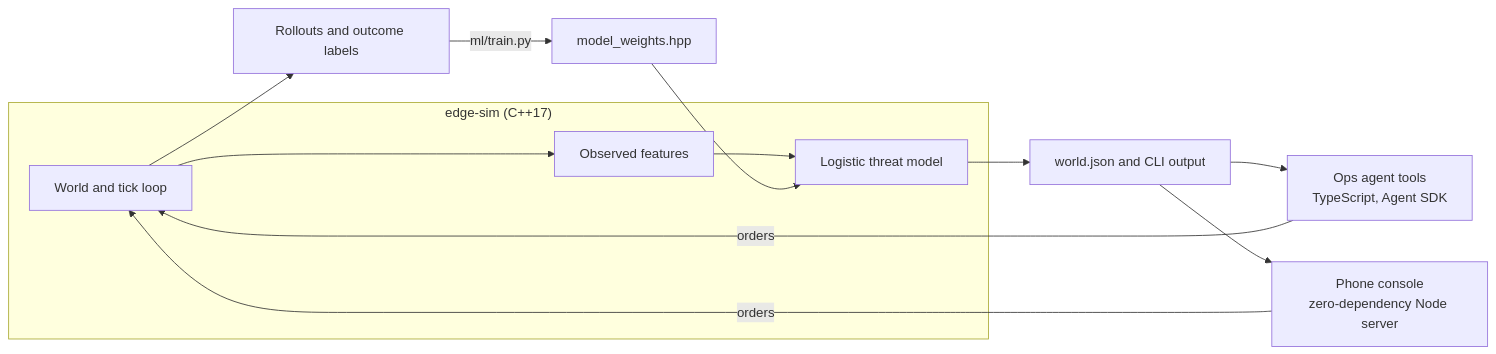
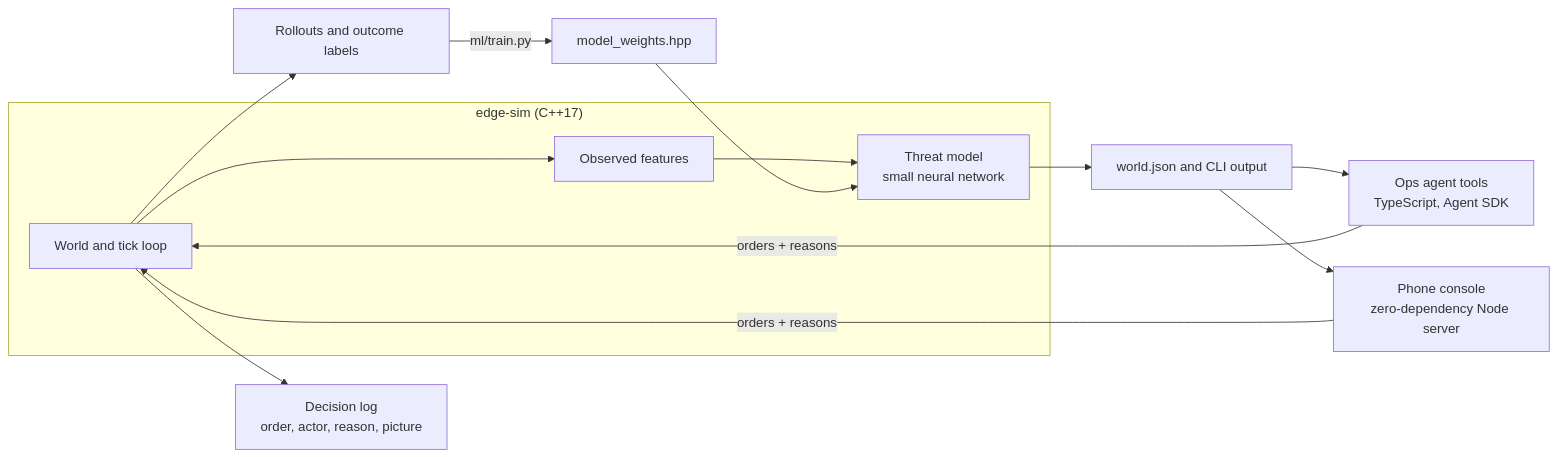
One commit to SergioB03/TeeHee changed the diagram in edge-sentry/README.md. Above: the diagram before and after it, drawn with Mermaid. The commit also changed other lines of this file and 31 other files, not shown here.

````diff
--- a/edge-sentry/README.md
+++ b/edge-sentry/README.md
@@ -27,15 +40,16 @@
 ```mermaid
 flowchart LR
     subgraph sim["edge-sim (C++17)"]
         W[World and tick loop] --> F[Observed features]
-        F --> M[Logistic threat model]
+        F --> M[Threat model<br/>small neural network]
     end
     R[Rollouts and outcome labels] -->|ml/train.py| WT[model_weights.hpp]
     WT --> M
     M --> J[world.json and CLI output]
     J --> A[Ops agent tools<br/>TypeScript, Agent SDK]
     J --> P[Phone console<br/>zero-dependency Node server]
-    A -->|orders| W
-    P -->|orders| W
+    A -->|orders + reasons| W
+    P -->|orders + reasons| W
+    W --> D[Decision log<br/>order, actor, reason, picture]
     W --> R
 ```
````
